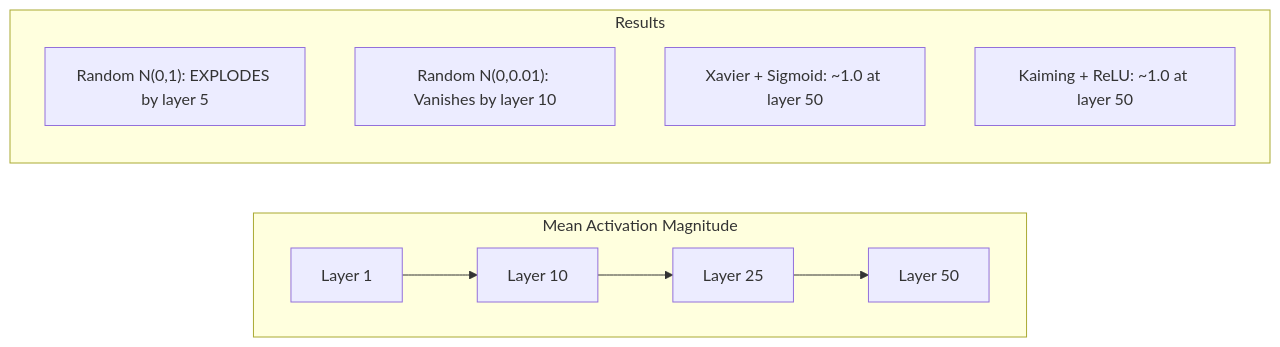
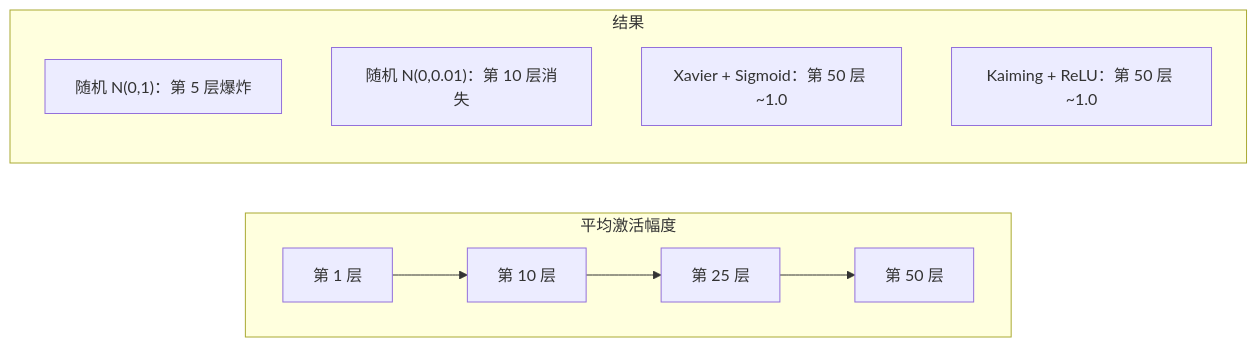
One commit to alessandrodinisio-ai/ai-engineering-learning-framework changed the second of 3 diagrams in phases/03-deep-learning-core/08-weight-initialization/docs/zh.md. Above: the diagram before and after it, drawn with Mermaid. The commit also changed other lines of this file and 120 other files, not shown here.

First line of the commit message:
i18n(mermaid): 337 个 mermaid 图表标签中文化

````diff
--- a/phases/03-deep-learning-core/08-weight-initialization/docs/zh.md
+++ b/phases/03-deep-learning-core/08-weight-initialization/docs/zh.md
@@ -132,14 +132,14 @@
 ```mermaid
 graph LR
-    subgraph "Mean Activation Magnitude"
+    subgraph "平均激活幅度"
         direction LR
-        L1["Layer 1"] --> L10["Layer 10"] --> L25["Layer 25"] --> L50["Layer 50"]
+        L1["第 1 层"] --> L10["第 10 层"] --> L25["第 25 层"] --> L50["第 50 层"]
     end
 
-    subgraph "Results"
-        R1["Random N(0,1): EXPLODES by layer 5"]
-        R2["Random N(0,0.01): Vanishes by layer 10"]
-        R3["Xavier + Sigmoid: ~1.0 at layer 50"]
-        R4["Kaiming + ReLU: ~1.0 at layer 50"]
+    subgraph "结果"
+        R1["随机 N(0,1)：第 5 层爆炸"]
+        R2["随机 N(0,0.01)：第 10 层消失"]
+        R3["Xavier + Sigmoid：第 50 层 ~1.0"]
+        R4["Kaiming + ReLU：第 50 层 ~1.0"]
     end
 ```
````
